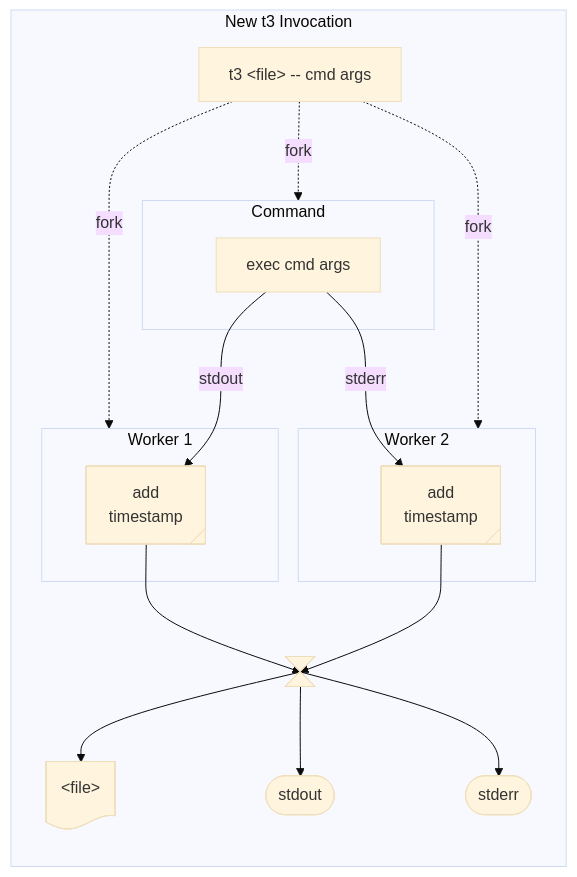
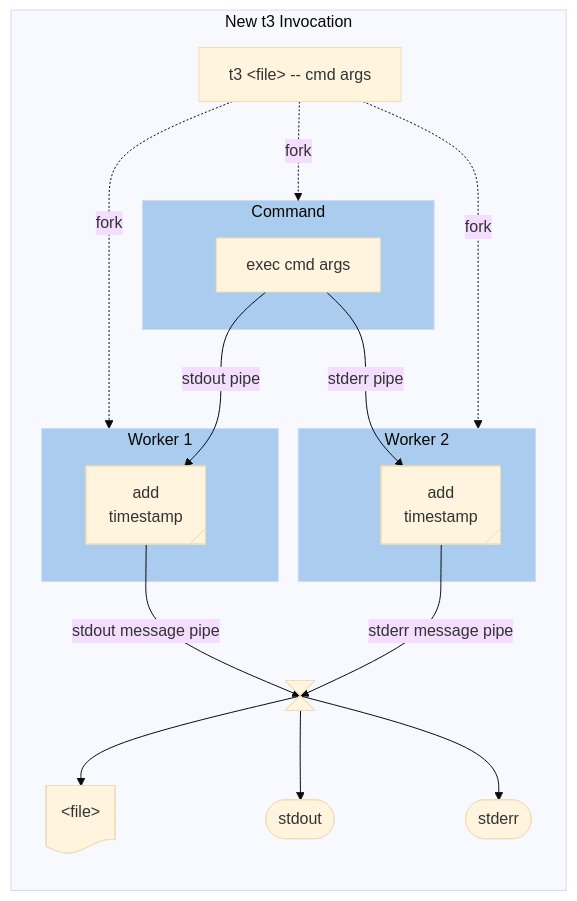
One commit to flox/t3 changed the second of 2 diagrams in README.md. Above: the diagram before and after it, drawn with Mermaid (base theme).

Commit message:
Update README.md
Updated new T3 invocation diagram to label pipes, set background color for subprocesses.

````diff
--- a/README.md
+++ b/README.md
@@ -76,35 +76,36 @@
 ```mermaid
 flowchart LR
  subgraph s2["New t3 Invocation"]
         n20["t3 &lt;file&gt; -- cmd args"]
-        s3["Worker 1"]
-        s4["Command"]
-        s5["Worker 2"]
+        s3["Worker 1"]:::subprocess
+        s4["Command"]:::subprocess
+        s5["Worker 2"]:::subprocess
         n24["Buffer, Sort &amp; Collate"]
         n25["&lt;file&gt;"]
         n26["stdout"]
         n27["stderr"]
   end
  subgraph s4["Command"]
         n23["exec cmd args"]
   end
  subgraph s3["Worker 1"]
         n21["add<br>timestamp"]
   end
  subgraph s5["Worker 2"]
         n28["add<br>timestamp"]
   end
     n20 -. fork .-> s3 & s4 & s5
-    n23 -- stdout --> n21
-    n21 --> n24
+    n23 -- stdout pipe --> n21
+    n21 -- stdout message pipe --> n24
     n24 --> n25 & n26 & n27
-    n28 --> n24
-    n23 -- stderr --> n28
+    n28 -- stderr message pipe --> n24
+    n23 -- stderr pipe --> n28
 
+    classDef subprocess fill:#ace
     n25@{ shape: doc}
     n26@{ shape: terminal}
     n27@{ shape: terminal}
     n21@{ shape: tag-proc}
     n28@{ shape: tag-proc}
     n24@{ shape: collate}
 ```
````
